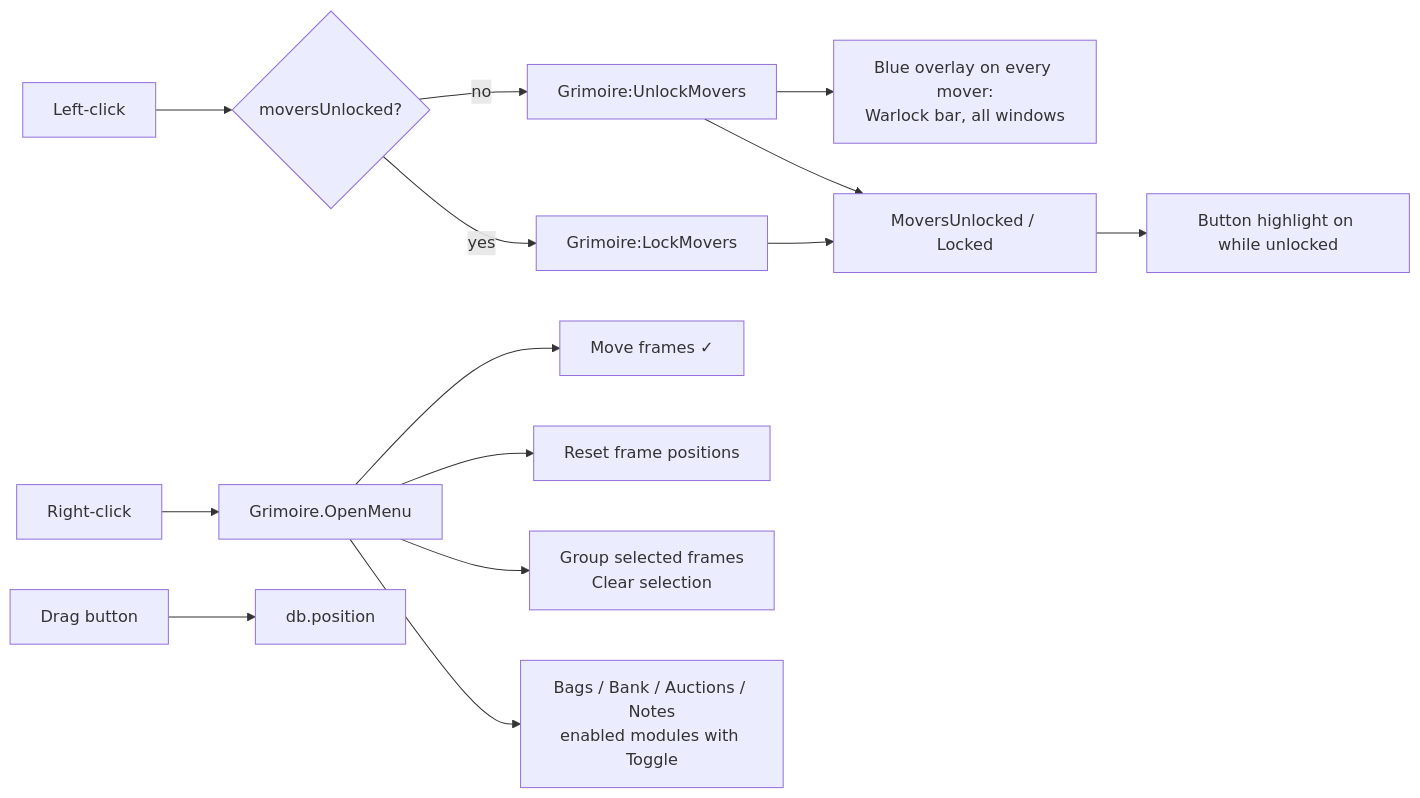
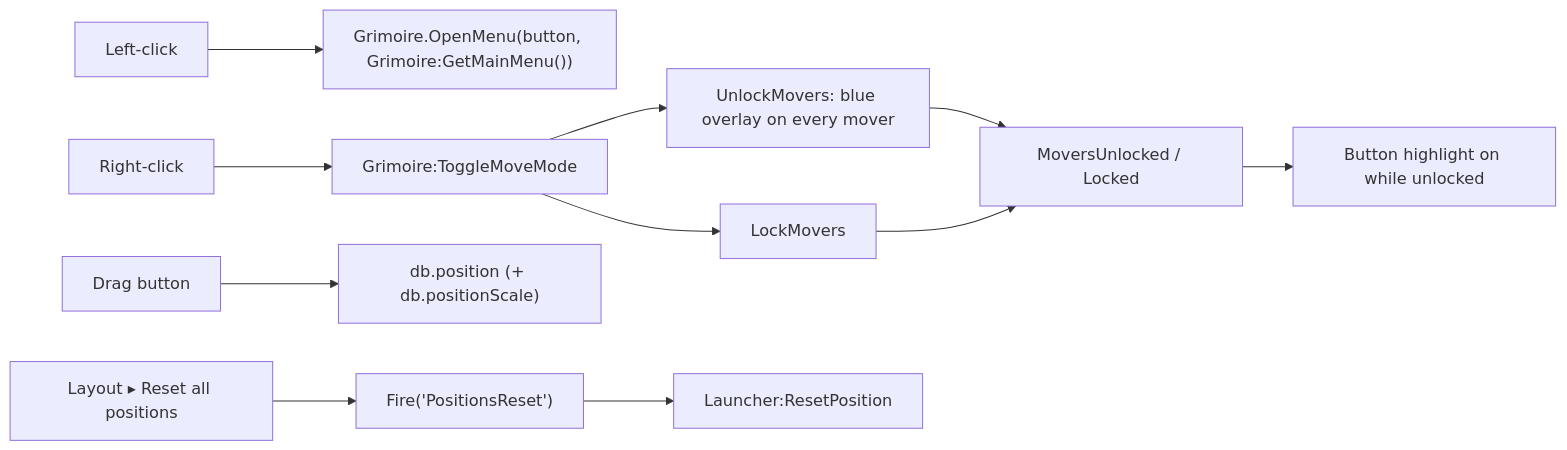
Before and after one commit to PhillypHenning/grimoire: the second of 2 diagrams in docs/features/launcher/README.md, drawn with Mermaid. The commit also changed other lines of this file and 19 other files, not shown here.

First line of the commit message:
Milestone 1: finish manager menu docs, fix launcher scale jump

````diff
--- a/docs/features/launcher/README.md
+++ b/docs/features/launcher/README.md
@@ -24,13 +24,9 @@
 ```mermaid
 flowchart LR
-    L[Left-click] --> T{moversUnlocked?}
-    T -- no --> U[Grimoire:UnlockMovers] --> O[Blue overlay on every mover:<br/>Warlock bar, all windows]
-    T -- yes --> K[Grimoire:LockMovers]
-    R[Right-click] --> Menu[Grimoire.OpenMenu]
-    Menu --> M1[Move frames ✓]
-    Menu --> M2[Reset frame positions]
-    Menu --> M4[Group selected frames<br/>Clear selection]
-    Menu --> M3[Bags / Bank / Auctions / Notes<br/>enabled modules with Toggle]
-    D[Drag button] --> S[db.position]
+    L[Left-click] --> Menu["Grimoire.OpenMenu(button, Grimoire:GetMainMenu())"]
+    R[Right-click] --> T[Grimoire:ToggleMoveMode]
+    T --> U[UnlockMovers: blue overlay on every mover] & K[LockMovers]
+    D[Drag button] --> S["db.position (+ db.positionScale)"]
     U & K --> CB[MoversUnlocked / Locked] --> H[Button highlight on while unlocked]
+    PR["Layout ▸ Reset all positions"] --> F["Fire('PositionsReset')"] --> RP[Launcher:ResetPosition]
 ```
````
